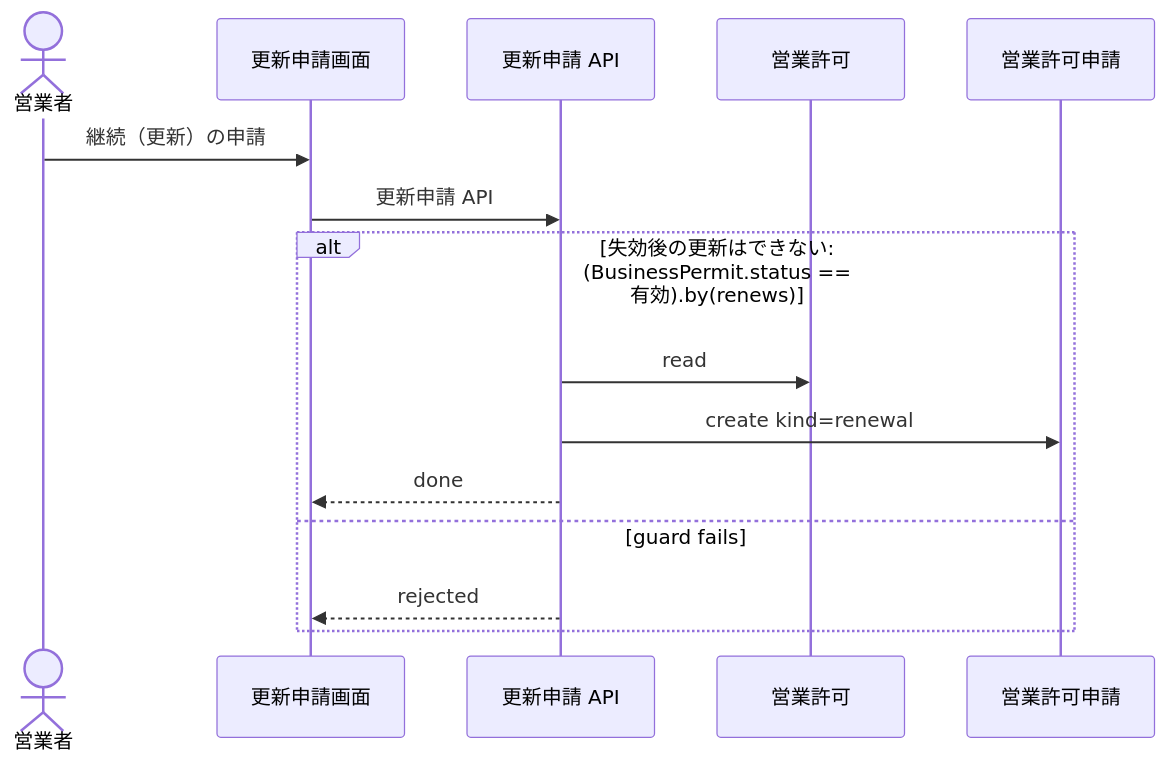
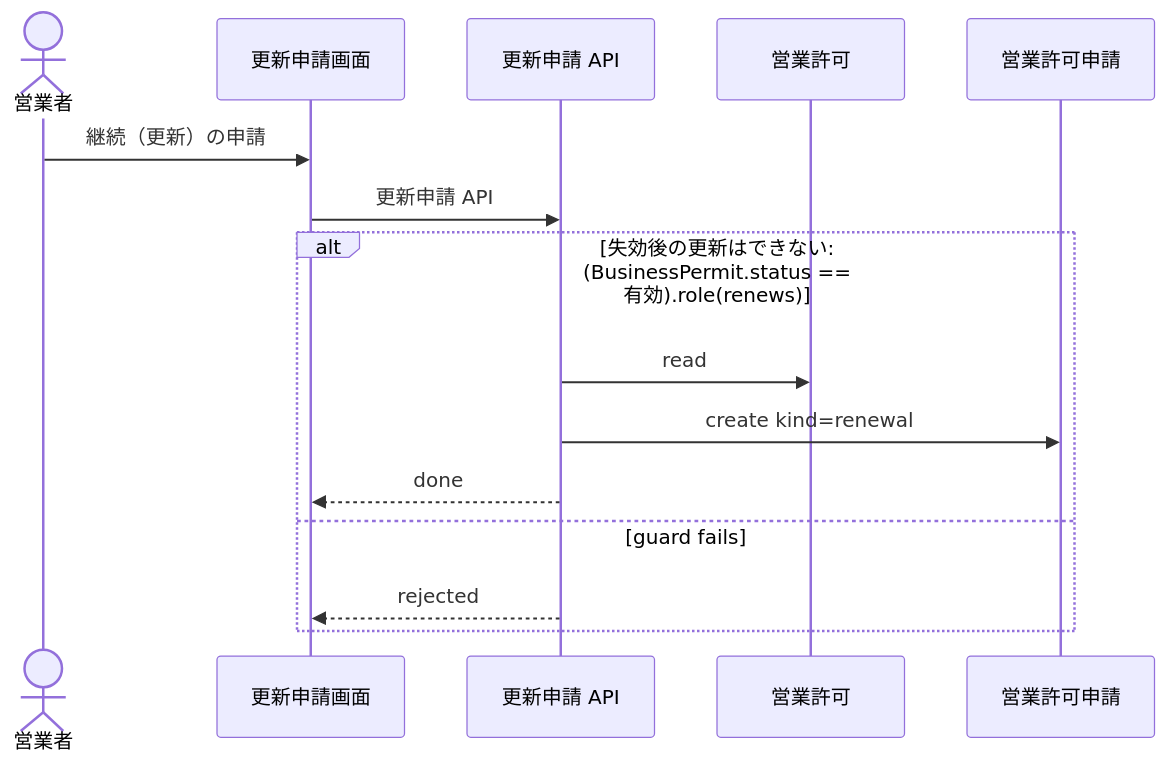
Before and after one commit to manji-0/rdra-ish-dsl: the diagram in samples/food-permit-ops/out/uc/sequence_ApplyRenewal.mmd, drawn with Mermaid. The commit also changed 46 other files, not shown here.

```diff
--- a/samples/food-permit-ops/out/uc/sequence_ApplyRenewal.mmd
+++ b/samples/food-permit-ops/out/uc/sequence_ApplyRenewal.mmd
@@ -1,18 +1,18 @@
 %% rdra-ish diagram=sequence scope=usecase:ApplyRenewal model=samples/food-permit-ops
 %% kinds: actor screen api entity
 %% omitted: buc step medium permission condition
 sequenceDiagram
   actor actor__BusinessOperator as 営業者
   participant screen__RenewalScreen as 更新申請画面
   participant api__RenewalApi as 更新申請 API
   participant entity__BusinessPermit as 営業許可
   participant entity__PermitApplication as 営業許可申請
   actor__BusinessOperator ->> screen__RenewalScreen: 継続（更新）の申請
   screen__RenewalScreen ->> api__RenewalApi: 更新申請 API
-  alt 失効後の更新はできない: (BusinessPermit.status == 有効).by(renews)
+  alt 失効後の更新はできない: (BusinessPermit.status == 有効).role(renews)
     api__RenewalApi ->> entity__BusinessPermit: read
     api__RenewalApi ->> entity__PermitApplication: create kind=renewal
     api__RenewalApi -->> screen__RenewalScreen: done
   else guard fails
     api__RenewalApi -->> screen__RenewalScreen: rejected
   end
```
